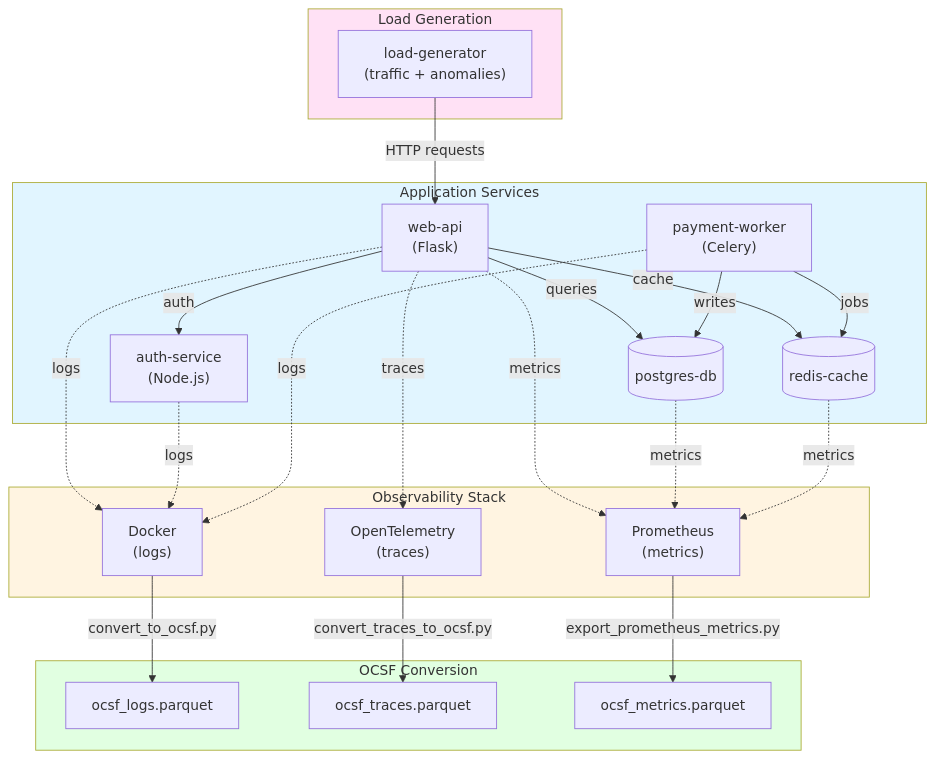
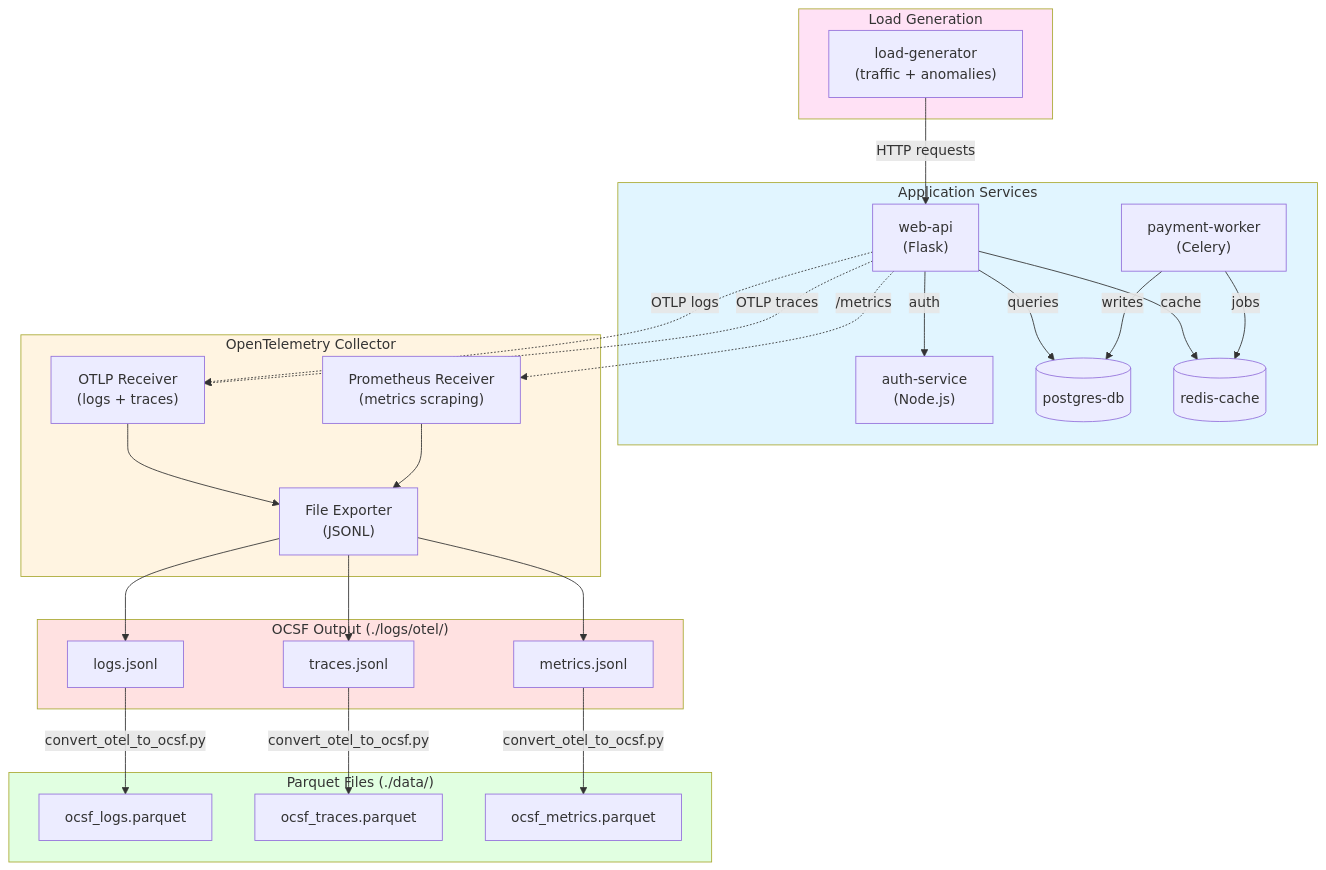
Before and after one commit to snowch/snowch.github.io: the diagram in ai-eng/embedding-anomaly-detection/appendix-generating-training-data.md, drawn with Mermaid. The commit also changed other lines of this file and 5 other files, not shown here.

First line of the commit message:
Refactor to unified OpenTelemetry architecture for all signals

````diff
--- a/ai-eng/embedding-anomaly-detection/appendix-generating-training-data.md
+++ b/ai-eng/embedding-anomaly-detection/appendix-generating-training-data.md
@@ -30,53 +30,61 @@
 ```{mermaid}
 graph TB
     subgraph apps["Application Services"]
         webapi["web-api<br/>(Flask)"]
         auth["auth-service<br/>(Node.js)"]
         worker["payment-worker<br/>(Celery)"]
         postgres[("postgres-db")]
         redis[("redis-cache")]
     end
 
-    subgraph obs["Observability Stack"]
-        prom["Prometheus<br/>(metrics)"]
-        otel["OpenTelemetry<br/>(traces)"]
-        docker["Docker<br/>(logs)"]
+    subgraph otel["OpenTelemetry Collector"]
+        otlp_recv["OTLP Receiver<br/>(logs + traces)"]
+        prom_recv["Prometheus Receiver<br/>(metrics scraping)"]
+        file_exp["File Exporter<br/>(JSONL)"]
     end
 
     subgraph gen["Load Generation"]
         loadgen["load-generator<br/>(traffic + anomalies)"]
     end
 
-    subgraph ocsf["OCSF Conversion"]
+    subgraph ocsf["OCSF Output (./logs/otel/)"]
+        logs_jsonl["logs.jsonl"]
+        traces_jsonl["traces.jsonl"]
+        metrics_jsonl["metrics.jsonl"]
+    end
+
+    subgraph parquet["Parquet Files (./data/)"]
         logs_parquet["ocsf_logs.parquet"]
         traces_parquet["ocsf_traces.parquet"]
         metrics_parquet["ocsf_metrics.parquet"]
     end
 
     webapi -->|queries| postgres
     webapi -->|cache| redis
     webapi -->|auth| auth
     worker -->|jobs| redis
     worker -->|writes| postgres
 
-    webapi -.->|metrics| prom
-    postgres -.->|metrics| prom
-    redis -.->|metrics| prom
+    webapi -.->|OTLP logs| otlp_recv
+    webapi -.->|OTLP traces| otlp_recv
+    webapi -.->|/metrics| prom_recv
 
-    webapi -.->|traces| otel
+    otlp_recv --> file_exp
+    prom_recv --> file_exp
 
-    webapi -.->|logs| docker
-    auth -.->|logs| docker
-    worker -.->|logs| docker
+    file_exp --> logs_jsonl
+    file_exp --> traces_jsonl
+    file_exp --> metrics_jsonl
 
     loadgen -->|HTTP requests| webapi
 
-    docker -->|convert_to_ocsf.py| logs_parquet
-    otel -->|convert_traces_to_ocsf.py| traces_parquet
-    prom -->|export_prometheus_metrics.py| metrics_parquet
+    logs_jsonl -->|convert_otel_to_ocsf.py| logs_parquet
+    traces_jsonl -->|convert_otel_to_ocsf.py| traces_parquet
+    metrics_jsonl -->|convert_otel_to_ocsf.py| metrics_parquet
 
     style apps fill:#e1f5ff
-    style obs fill:#fff4e1
+    style otel fill:#fff4e1
     style gen fill:#ffe1f5
-    style ocsf fill:#e1ffe1
+    style ocsf fill:#ffe1e1
+    style parquet fill:#e1ffe1
 ```
````
